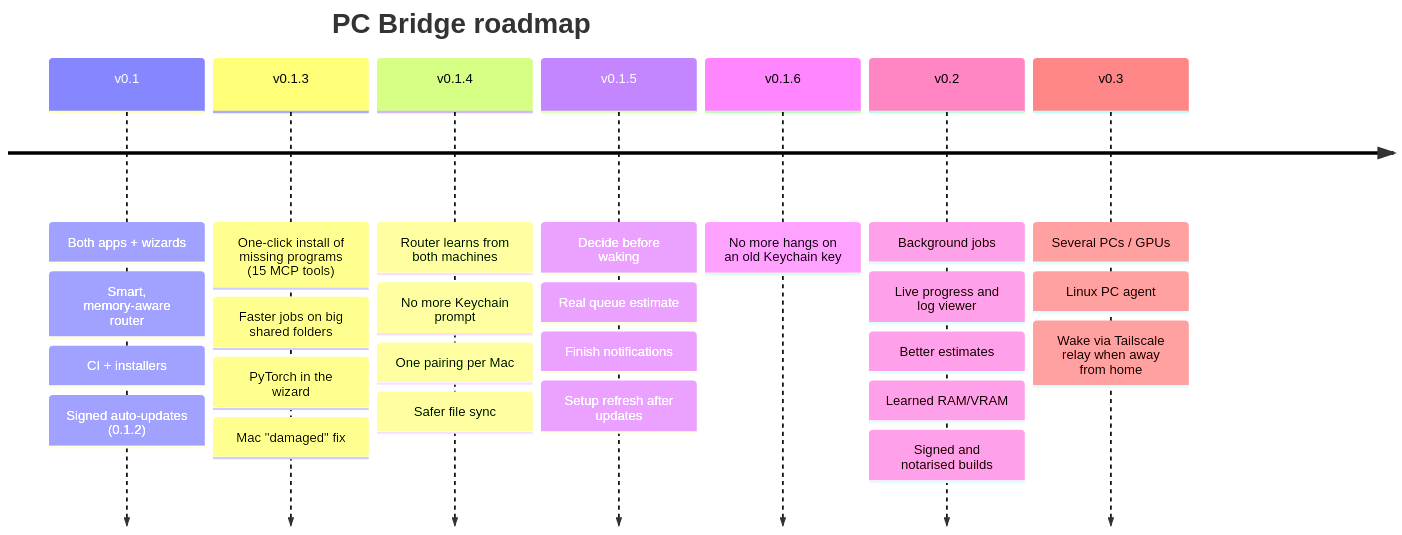
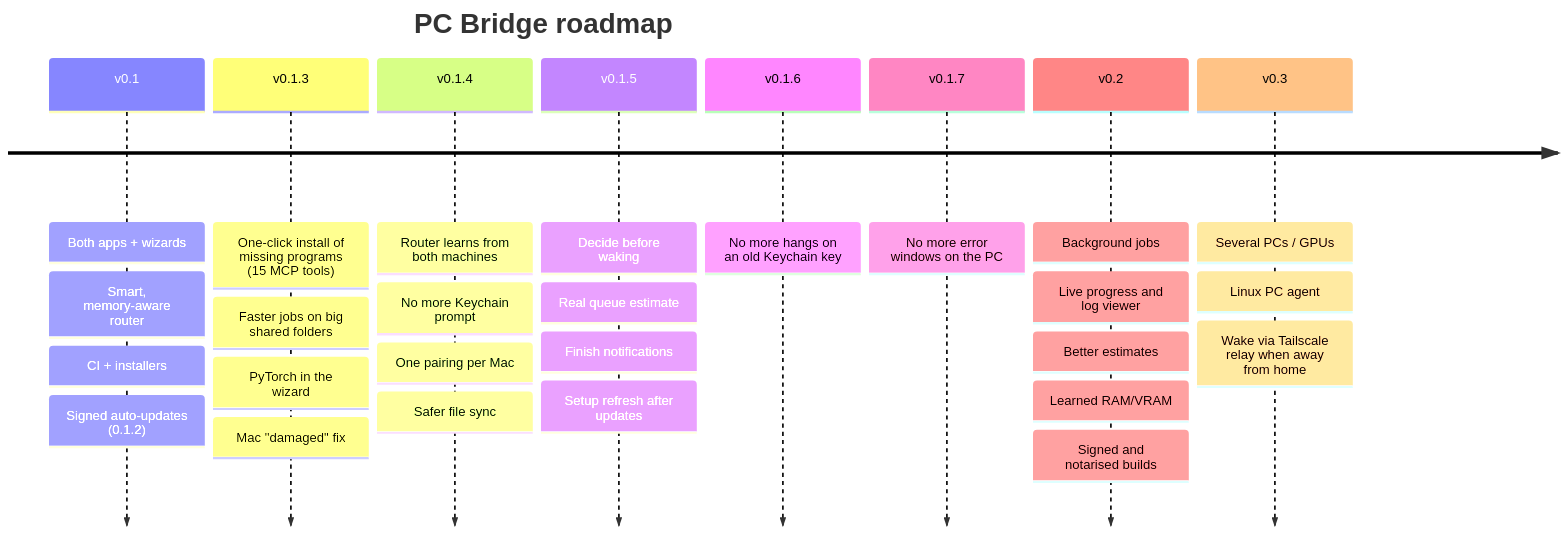
The second of 2 diagrams in README.md (walidriachy/pc-gpu-bridge), drawn with Mermaid before and after one commit. The commit also changed 10 other files, not shown here.

````diff
--- a/README.md
+++ b/README.md
@@ -195,11 +195,12 @@
 ```mermaid
 timeline
   title PC Bridge roadmap
   v0.1 : Both apps + wizards : Smart, memory-aware router : CI + installers : Signed auto-updates (0.1.2)
   v0.1.3 : One-click install of missing programs (15 MCP tools) : Faster jobs on big shared folders : PyTorch in the wizard : Mac "damaged" fix
   v0.1.4 : Router learns from both machines : No more Keychain prompt : One pairing per Mac : Safer file sync
   v0.1.5 : Decide before waking : Real queue estimate : Finish notifications : Setup refresh after updates
   v0.1.6 : No more hangs on an old Keychain key
+  v0.1.7 : No more error windows on the PC
   v0.2 : Background jobs : Live progress and log viewer : Better estimates : Learned RAM/VRAM : Signed and notarised builds
   v0.3 : Several PCs / GPUs : Linux PC agent : Wake via Tailscale relay when away from home
 ```
````
